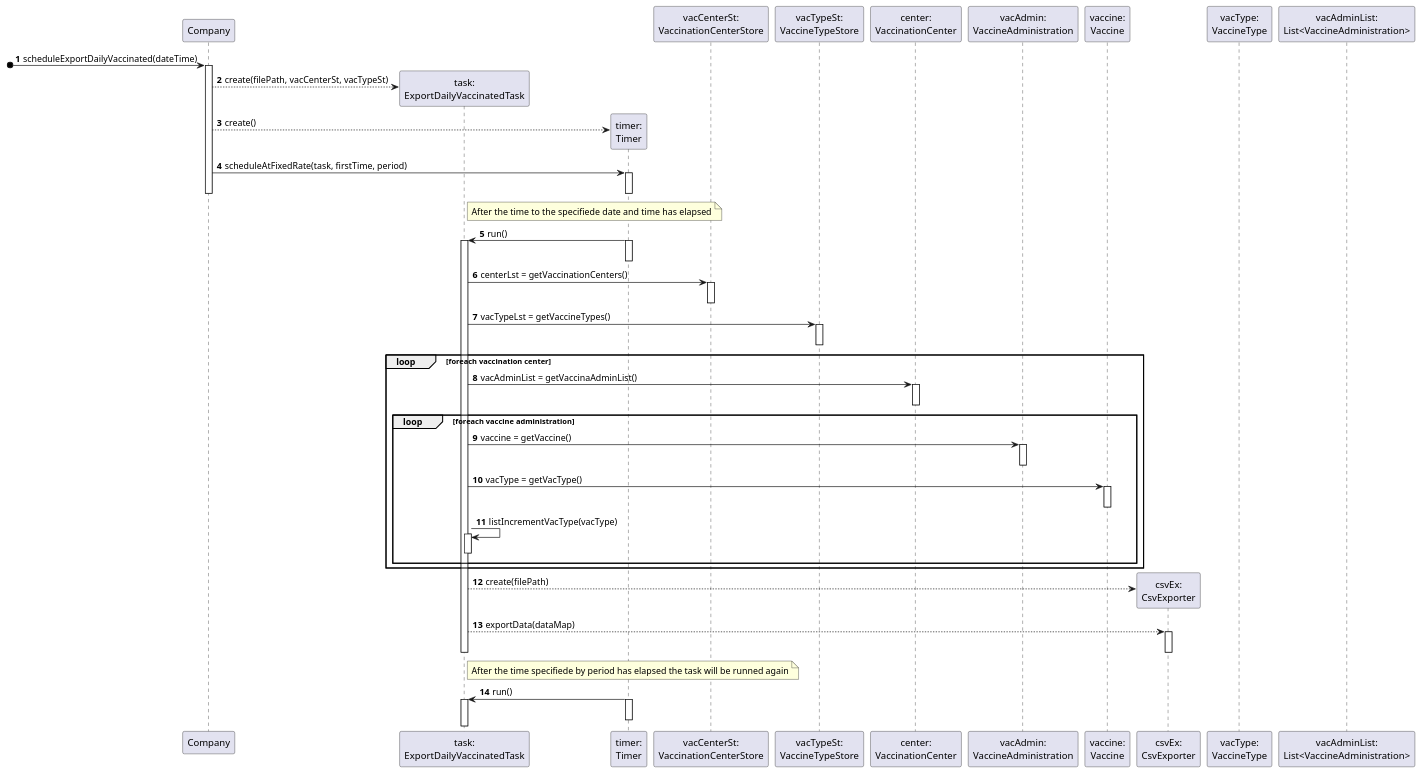
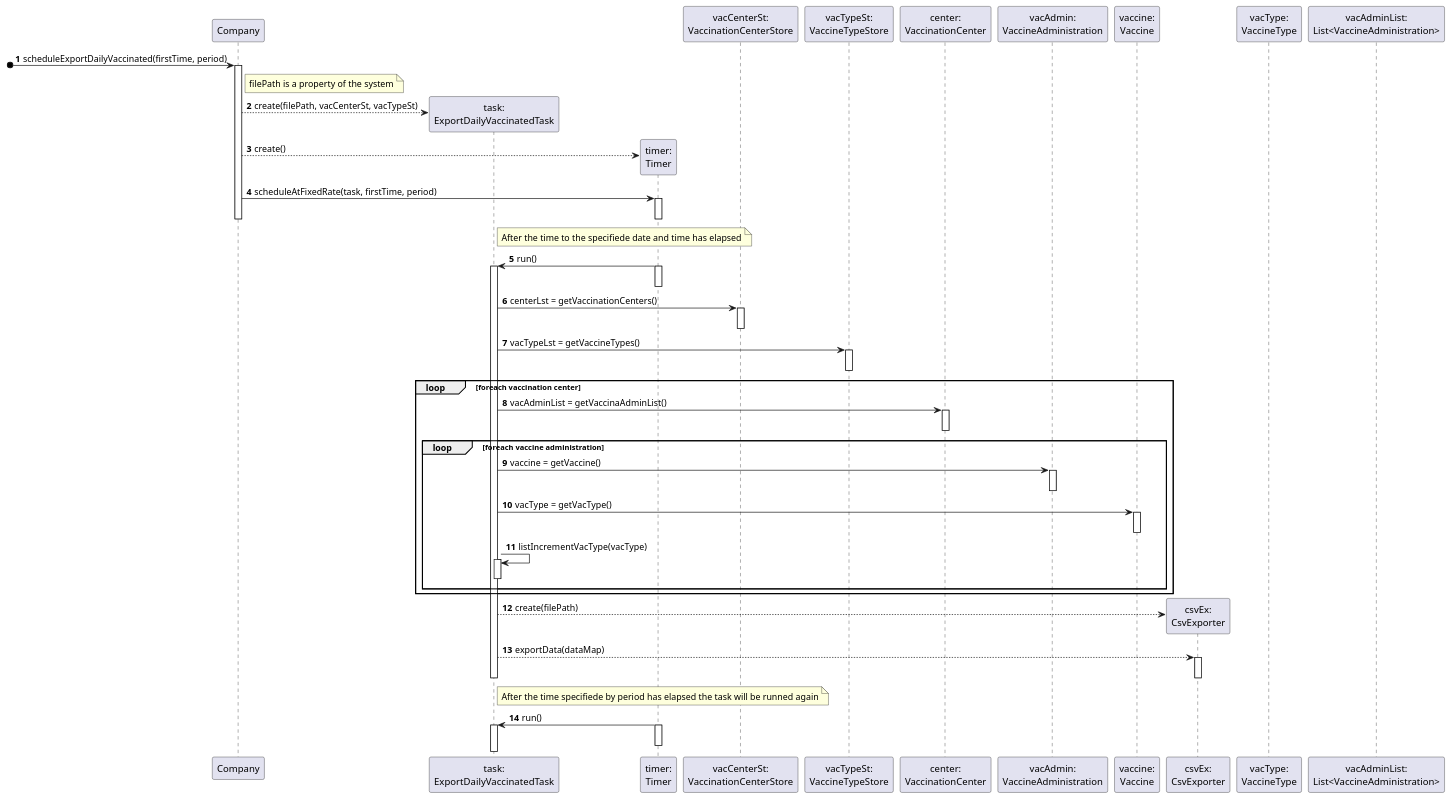
One commit to miseEnPlace-i/lapr2 changed the diagram in docs/SprintD/US06/SD/US06_SD.puml. Above: the diagram before and after it, drawn with PlantUML. The commit also changed 3 other files, not shown here.

Commit message:
feat: implemented scheduleExportDailyVaccinated in Company

```diff
--- a/docs/SprintD/US06/SD/US06_SD.puml
+++ b/docs/SprintD/US06/SD/US06_SD.puml
@@ -1,83 +1,86 @@
 @startuml
 autonumber
 'hide footbox
 
 participant "Company" as COMP
 participant "task:\nExportDailyVaccinatedTask" as TASK
 participant "timer:\nTimer" as TIMER
 participant "vacCenterSt:\nVaccinationCenterStore" as VCST
 participant "vacTypeSt:\nVaccineTypeStore" as VTST
 participant "center:\nVaccinationCenter" as CENTER
 participant "vacAdmin:\nVaccineAdministration" as VACADMIN
 participant "vaccine:\nVaccine" as VAC
 participant "csvEx:\nCsvExporter" as CSVEX
 participant "vacType:\nVaccineType" as VACTYPE
 participant "vacAdminList:\nList<VaccineAdministration>" as VALST
 participant "dataMap:\nHashMap<VaccinationCenter,HashMap<VaccineType,Int>>" as VALST
 
 
-    [o-> COMP : scheduleExportDailyVaccinated(dateTime)
+    [o-> COMP : scheduleExportDailyVaccinated(firstTime, period)
     activate COMP
 
+        note right COMP 
+            filePath is a property of the system
+        end note
         COMP --> TASK ** : create(filePath, vacCenterSt, vacTypeSt)
 
         COMP --> TIMER ** : create()
 
         COMP -> TIMER : scheduleAtFixedRate(task, firstTime, period)
         activate TIMER
         deactivate TIMER
 
         note right TASK 
             After the time to the specifiede date and time has elapsed
         end note 
         
     deactivate COMP
 
         TIMER -> TASK : run()
         activate TIMER
         deactivate TIMER
         activate TASK
             TASK -> VCST : centerLst = getVaccinationCenters()
             activate VCST
             deactivate VCST
 
             TASK -> VTST : vacTypeLst = getVaccineTypes()
             activate VTST
             deactivate VTST
 
             loop foreach vaccination center
                 TASK -> CENTER : vacAdminList = getVaccinaAdminList()
                 activate CENTER
                 deactivate CENTER
 
                 loop foreach vaccine administration
                     TASK -> VACADMIN : vaccine = getVaccine()
                     activate VACADMIN
                     deactivate VACADMIN
 
                     TASK -> VAC : vacType = getVacType()
                     activate VAC
                     deactivate VAC
 
                     TASK -> TASK : listIncrementVacType(vacType)
                     activate TASK
                     deactivate TASK
                 end
             end
 
             TASK --> CSVEX ** : create(filePath)
             TASK --> CSVEX : exportData(dataMap)
             activate CSVEX
             deactivate CSVEX
 
         deactivate TASK
 
         note right TASK 
             After the time specifiede by period has elapsed the task will be runned again
         end note 
         TIMER -> TASK : run()
         activate TIMER
         deactivate TIMER
         activate TASK
 
 @enduml 
```
